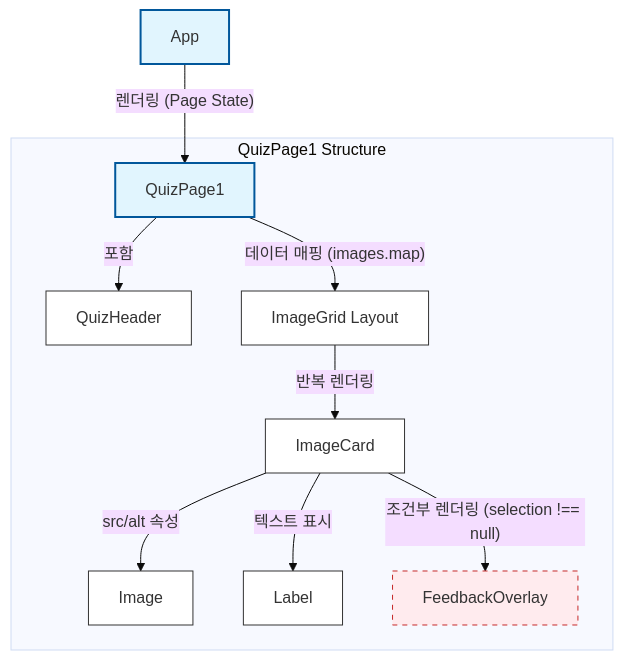
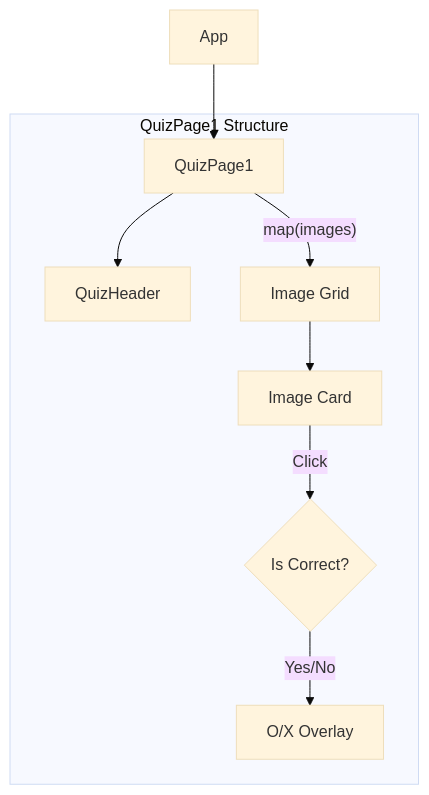
One commit to ABE0402/Cross-platform changed the first of 3 diagrams in README.md. Above: the diagram before and after it, drawn with Mermaid (base theme). The commit also changed other lines of this file, not shown here.

````diff
--- a/README.md
+++ b/README.md
@@ -2,35 +43,13 @@
 ```mermaid
 graph TD
-    %% 노드 정의
-    App[App]
-    QuizPage1[QuizPage1]
-    QuizHeader[QuizHeader]
-    ImageGrid[ImageGrid Layout]
-    ImageCard[ImageCard]
-    Img[Image]
-    Label[Label]
-    FeedbackOverlay[FeedbackOverlay]
-
-    %% 관계 연결 (Flow)
-    App -- 렌더링 (Page State) --> QuizPage1
+    App[App] --> QuizPage1
     
     subgraph QuizPage1 Structure
-        QuizPage1 -- 포함 --> QuizHeader
-        QuizPage1 -- 데이터 매핑 (images.map) --> ImageGrid
+        QuizPage1 --> QuizHeader
+        QuizPage1 -- "map(images)" --> ImageGrid[Image Grid]
+        ImageGrid --> ImageCard[Image Card]
         
-        ImageGrid -- 반복 렌더링 --> ImageCard
-        
-        ImageCard -- src/alt 속성 --> Img
-        ImageCard -- 텍스트 표시 --> Label
-        ImageCard -- 조건부 렌더링 (selection !== null) --> FeedbackOverlay
+        ImageCard -- "Click" --> Logic{Is Correct?}
+        Logic -- Yes/No --> FeedbackOverlay[O/X Overlay]
     end
-
-    %% 스타일 정의
-    classDef container fill:#e1f5fe,stroke:#01579b,stroke-width:2px;
-    classDef component fill:#fff,stroke:#333,stroke-width:1px;
-    classDef conditional fill:#ffebee,stroke:#c62828,stroke-dasharray: 5 5;
-
-    class App,QuizPage1 container;
-    class QuizHeader,ImageGrid,ImageCard,Img,Label component;
-    class FeedbackOverlay conditional;
 ```
````
